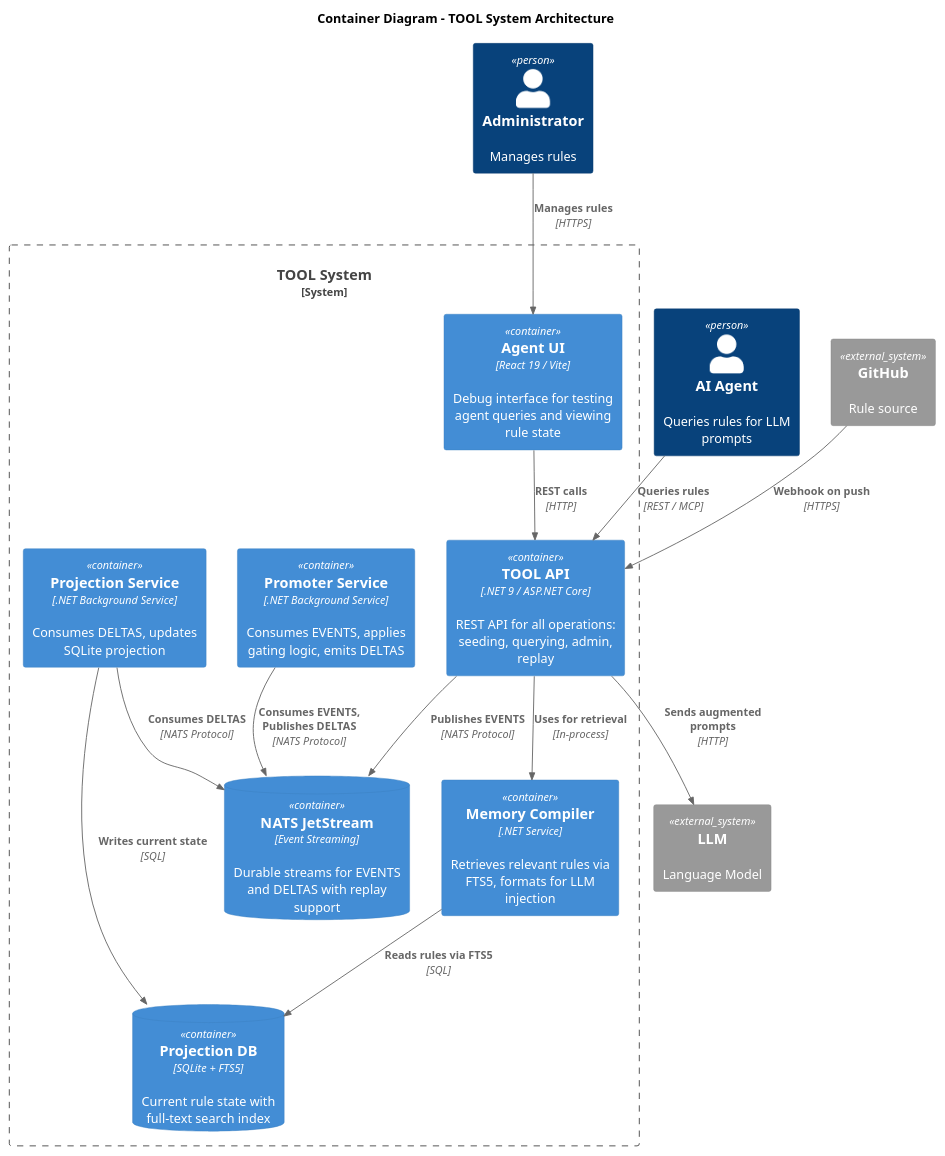
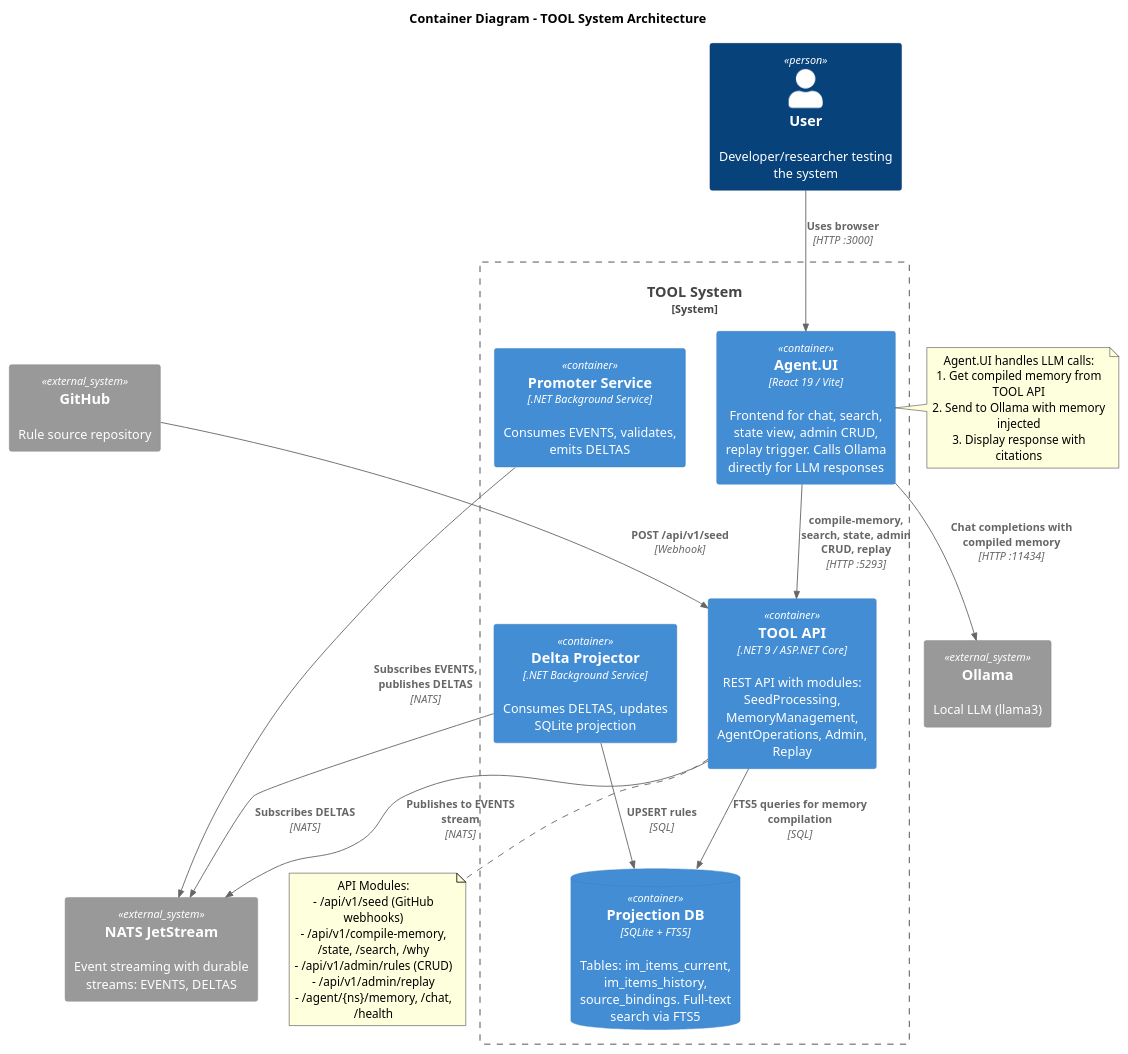
Before and after one commit to ravvnen/TOOL: the diagram in diagrams/c4_2_container.puml, drawn with PlantUML. The commit also changed 5 other files, not shown here.

First line of the commit message:
Fix PlantUML diagrams to reflect actual architecture

```diff
--- a/diagrams/c4_2_container.puml
+++ b/diagrams/c4_2_container.puml
@@ -1,41 +1,57 @@
 @startuml C4_Container
 !include https://raw.githubusercontent.com/plantuml-stdlib/C4-PlantUML/master/C4_Container.puml
 
 title Container Diagram - TOOL System Architecture
 
-Person(admin, "Administrator", "Manages rules")
-Person(agent, "AI Agent", "Queries rules for LLM prompts")
+Person(user, "User", "Developer/researcher testing the system")
 
 System_Boundary(tool, "TOOL System") {
-    Container(api, "TOOL API", ".NET 9 / ASP.NET Core", "REST API for all operations: seeding, querying, admin, replay")
+    Container(agentui, "Agent.UI", "React 19 / Vite", "Frontend for chat, search, state view, admin CRUD, replay trigger. Calls Ollama directly for LLM responses")
 
-    Container(agentui, "Agent UI", "React 19 / Vite", "Debug interface for testing agent queries and viewing rule state")
+    Container(api, "TOOL API", ".NET 9 / ASP.NET Core", "REST API with modules: SeedProcessing, MemoryManagement, AgentOperations, Admin, Replay")
 
-    ContainerDb(nats, "NATS JetStream", "Event Streaming", "Durable streams for EVENTS and DELTAS with replay support")
+    Container(promoter, "Promoter Service", ".NET Background Service", "Consumes EVENTS, validates, emits DELTAS")
 
-    ContainerDb(sqlite, "Projection DB", "SQLite + FTS5", "Current rule state with full-text search index")
+    Container(projector, "Delta Projector", ".NET Background Service", "Consumes DELTAS, updates SQLite projection")
 
-    Container(promoter, "Promoter Service", ".NET Background Service", "Consumes EVENTS, applies gating logic, emits DELTAS")
-
-    Container(projector, "Projection Service", ".NET Background Service", "Consumes DELTAS, updates SQLite projection")
-
-    Container(compiler, "Memory Compiler", ".NET Service", "Retrieves relevant rules via FTS5, formats for LLM injection")
+    ContainerDb(sqlite, "Projection DB", "SQLite + FTS5", "Tables: im_items_current, im_items_history, source_bindings. Full-text search via FTS5")
 }
 
-System_Ext(github, "GitHub", "Rule source")
-System_Ext(llm, "LLM", "Language Model")
+System_Ext(nats, "NATS JetStream", "Event streaming with durable streams: EVENTS, DELTAS")
+System_Ext(github, "GitHub", "Rule source repository")
+System_Ext(ollama, "Ollama", "Local LLM (llama3)")
 
-Rel(admin, agentui, "Manages rules", "HTTPS")
-Rel(agent, api, "Queries rules", "REST / MCP")
+' User interactions
+Rel(user, agentui, "Uses browser", "HTTP :3000")
 
-Rel(github, api, "Webhook on push", "HTTPS")
-Rel(api, nats, "Publishes EVENTS", "NATS Protocol")
-Rel(promoter, nats, "Consumes EVENTS, Publishes DELTAS", "NATS Protocol")
-Rel(projector, nats, "Consumes DELTAS", "NATS Protocol")
-Rel(projector, sqlite, "Writes current state", "SQL")
-Rel(compiler, sqlite, "Reads rules via FTS5", "SQL")
-Rel(api, compiler, "Uses for retrieval", "In-process")
-Rel(api, llm, "Sends augmented prompts", "HTTP")
-Rel(agentui, api, "REST calls", "HTTP")
+' Agent.UI interactions
+Rel(agentui, api, "compile-memory, search, state, admin CRUD, replay", "HTTP :5293")
+Rel(agentui, ollama, "Chat completions with compiled memory", "HTTP :11434")
+
+' GitHub webhook
+Rel(github, api, "POST /api/v1/seed", "Webhook")
+
+' Internal TOOL flows
+Rel(api, nats, "Publishes to EVENTS stream", "NATS")
+Rel(promoter, nats, "Subscribes EVENTS, publishes DELTAS", "NATS")
+Rel(projector, nats, "Subscribes DELTAS", "NATS")
+Rel(projector, sqlite, "UPSERT rules", "SQL")
+Rel(api, sqlite, "FTS5 queries for memory compilation", "SQL")
+
+note right of agentui
+  Agent.UI handles LLM calls:
+  1. Get compiled memory from TOOL API
+  2. Send to Ollama with memory injected
+  3. Display response with citations
+end note
+
+note bottom of api
+  API Modules:
+  - /api/v1/seed (GitHub webhooks)
+  - /api/v1/compile-memory, /state, /search, /why
+  - /api/v1/admin/rules (CRUD)
+  - /api/v1/admin/replay
+  - /agent/{ns}/memory, /chat, /health
+end note
 
 @enduml
```
